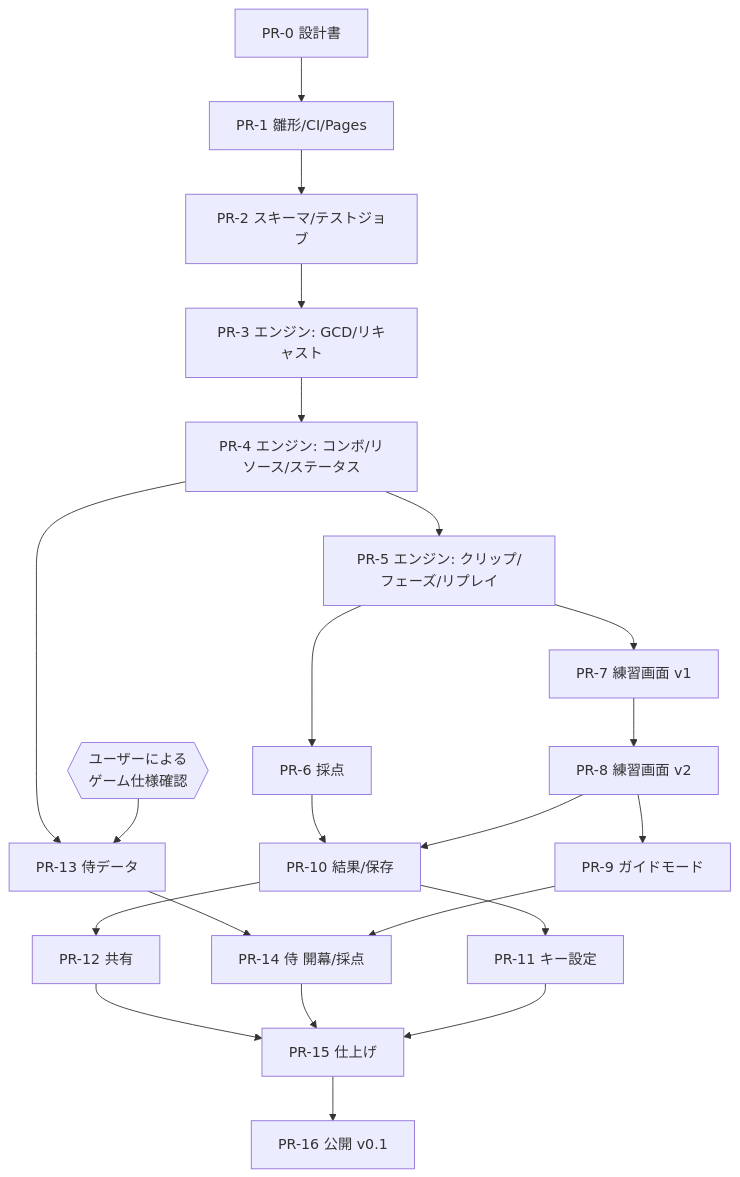
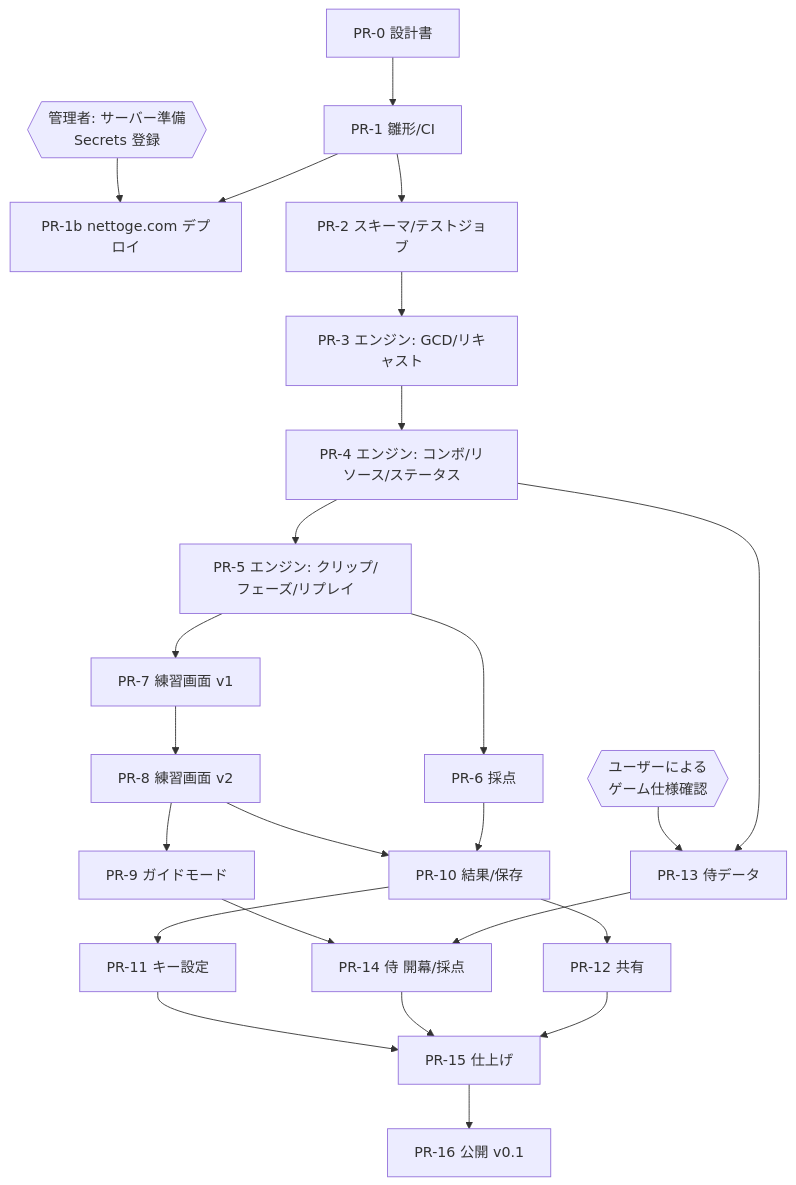
The diagram in docs/DEV_PLAN.md (mattarilightcha/ff14-rotation-trainer), drawn with Mermaid before and after one commit. The commit also changed other lines of this file and 6 other files, not shown here.

First line of the commit message:
Switch hosting target from GitHub Pages to nettoge.com VPS

````diff
--- a/docs/DEV_PLAN.md
+++ b/docs/DEV_PLAN.md
@@ -41,24 +42,26 @@
 ```mermaid
 flowchart TD
-    P0[PR-0 設計書] --> P1[PR-1 雛形/CI/Pages]
+    P0[PR-0 設計書] --> P1[PR-1 雛形/CI]
+    P1 --> P1b[PR-1b nettoge.com デプロイ]
+    S{{管理者: サーバー準備<br/>Secrets 登録}} --> P1b
     P1 --> P2[PR-2 スキーマ/テストジョブ]
     P2 --> P3[PR-3 エンジン: GCD/リキャスト]
     P3 --> P4[PR-4 エンジン: コンボ/リソース/ステータス]
     P4 --> P5[PR-5 エンジン: クリップ/フェーズ/リプレイ]
     P5 --> P6[PR-6 採点]
     P5 --> P7[PR-7 練習画面 v1]
     P7 --> P8[PR-8 練習画面 v2]
     P8 --> P9[PR-9 ガイドモード]
     P6 --> P10[PR-10 結果/保存]
     P8 --> P10
     P10 --> P11[PR-11 キー設定]
     P10 --> P12[PR-12 共有]
     P4 --> P13[PR-13 侍データ]
     V{{ユーザーによる<br/>ゲーム仕様確認}} --> P13
     P13 --> P14[PR-14 侍 開幕/採点]
     P9 --> P14
     P12 --> P15[PR-15 仕上げ]
     P14 --> P15
     P11 --> P15
     P15 --> P16[PR-16 公開 v0.1]
 ```
````
